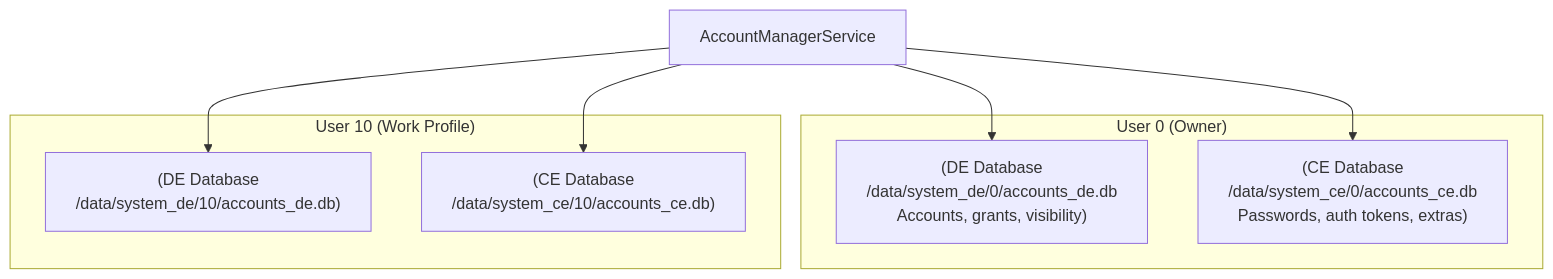
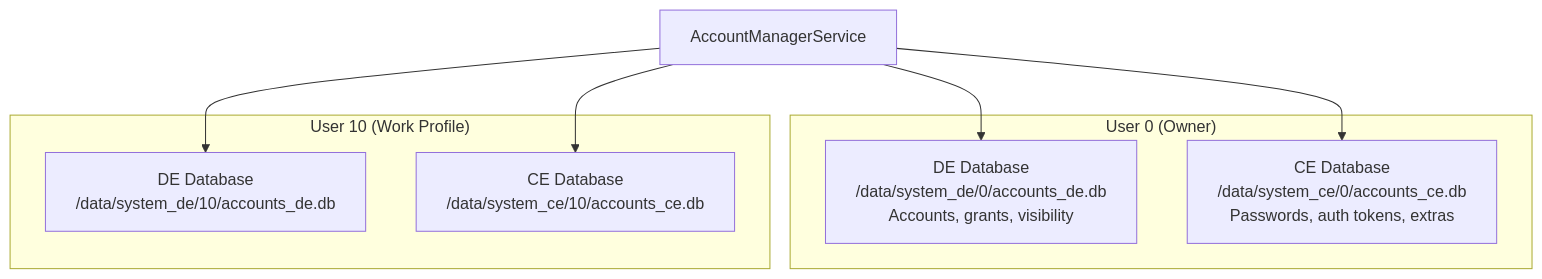
The second of 16 diagrams in 32-account-sync.md (fwrite0920/aosp-internal-book), drawn with Mermaid before and after one commit. The commit also changed other lines of this file and 13 other files, not shown here.

First line of the commit message:
Fix Mermaid diagrams and formatting in Parts VII-VIII (chapters 26-39)

````diff
--- a/32-account-sync.md
+++ b/32-account-sync.md
@@ -312,17 +312,17 @@
 ```mermaid
 graph TD
     subgraph "User 0 (Owner)"
-        DE0["(DE Database<br/>/data/system_de/0/accounts_de.db<br/>Accounts, grants, visibility)"]
-        CE0["(CE Database<br/>/data/system_ce/0/accounts_ce.db<br/>Passwords, auth tokens, extras)"]
+        DE0["DE Database<br/>/data/system_de/0/accounts_de.db<br/>Accounts, grants, visibility"]
+        CE0["CE Database<br/>/data/system_ce/0/accounts_ce.db<br/>Passwords, auth tokens, extras"]
     end
 
     subgraph "User 10 (Work Profile)"
-        DE10["(DE Database<br/>/data/system_de/10/accounts_de.db)"]
-        CE10["(CE Database<br/>/data/system_ce/10/accounts_ce.db)"]
+        DE10["DE Database<br/>/data/system_de/10/accounts_de.db"]
+        CE10["CE Database<br/>/data/system_ce/10/accounts_ce.db"]
     end
 
     AMS[AccountManagerService] --> DE0
     AMS --> CE0
     AMS --> DE10
     AMS --> CE10
 ```
````
